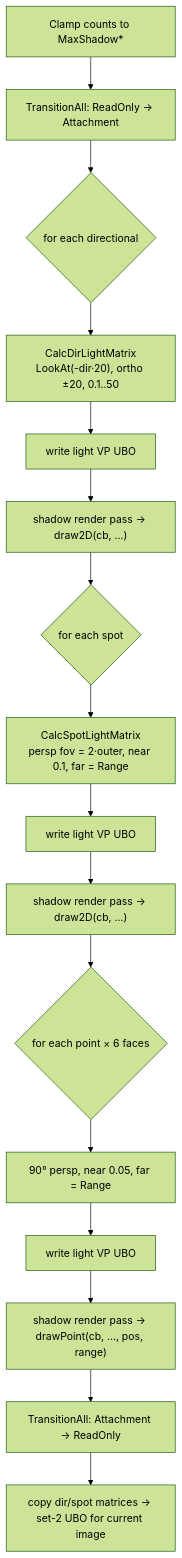
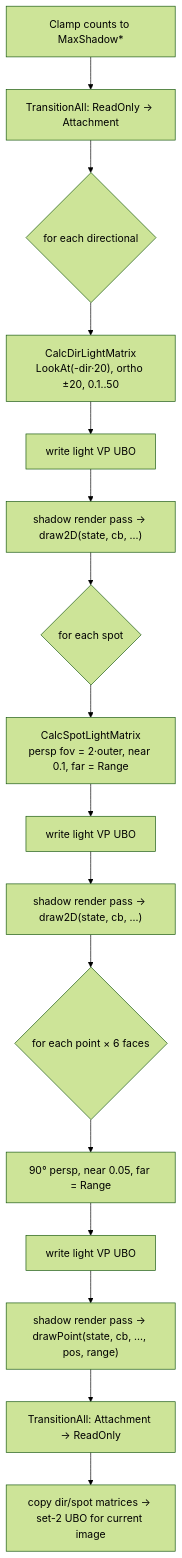
The diagram in docs/design/shadow-system.md (Mainframe-Games/mainframe-engine), drawn with Mermaid (forest theme) before and after one commit. The commit also changed other lines of this file and 9 other files, not shown here.

````diff
--- a/docs/design/shadow-system.md
+++ b/docs/design/shadow-system.md
@@ -81,15 +87,15 @@
 ```mermaid
 flowchart TD
     A["Clamp counts to MaxShadow*"] --> B["TransitionAll: ReadOnly → Attachment"]
     B --> C{"for each directional"}
     C --> C1["CalcDirLightMatrix<br/>LookAt(-dir·20), ortho ±20, 0.1..50"]
-    C1 --> C2["write light VP UBO"] --> C3["shadow render pass → draw2D(cb, …)"]
+    C1 --> C2["write light VP UBO"] --> C3["shadow render pass → draw2D(state, cb, …)"]
     C3 --> D{"for each spot"}
     D --> D1["CalcSpotLightMatrix<br/>persp fov = 2·outer, near 0.1, far = Range"]
-    D1 --> D2["write light VP UBO"] --> D3["shadow render pass → draw2D(cb, …)"]
+    D1 --> D2["write light VP UBO"] --> D3["shadow render pass → draw2D(state, cb, …)"]
     D3 --> E{"for each point × 6 faces"}
     E --> E1["90° persp, near 0.05, far = Range"]
-    E1 --> E2["write light VP UBO"] --> E3["shadow render pass → drawPoint(cb, …, pos, range)"]
+    E1 --> E2["write light VP UBO"] --> E3["shadow render pass → drawPoint(state, cb, …, pos, range)"]
     E3 --> F["TransitionAll: Attachment → ReadOnly"]
     F --> G["copy dir/spot matrices → set-2 UBO for current image"]
 ```
````
